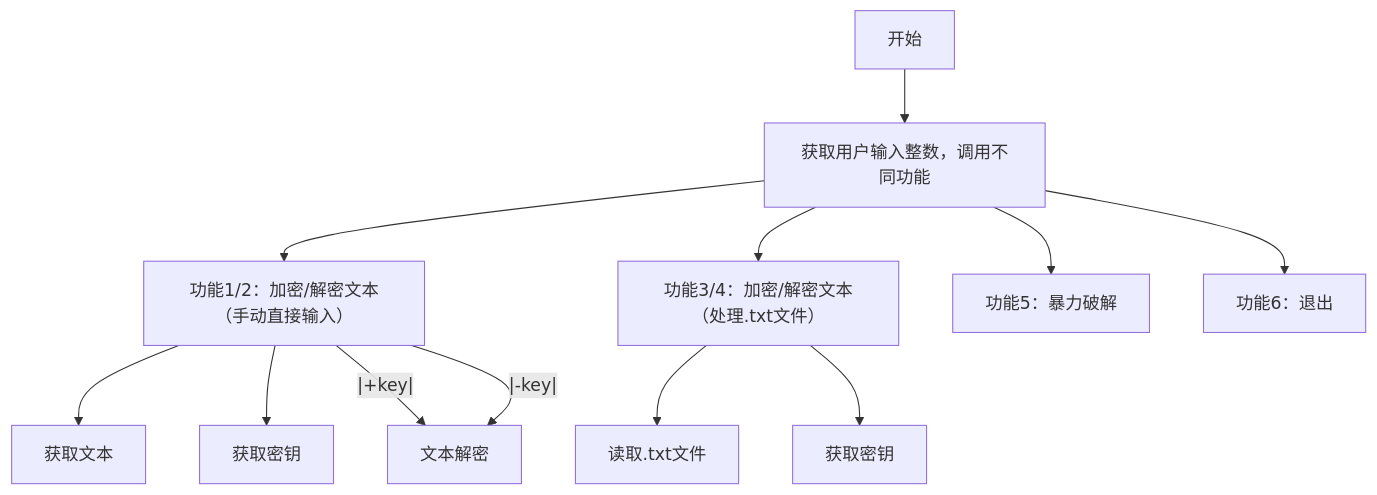
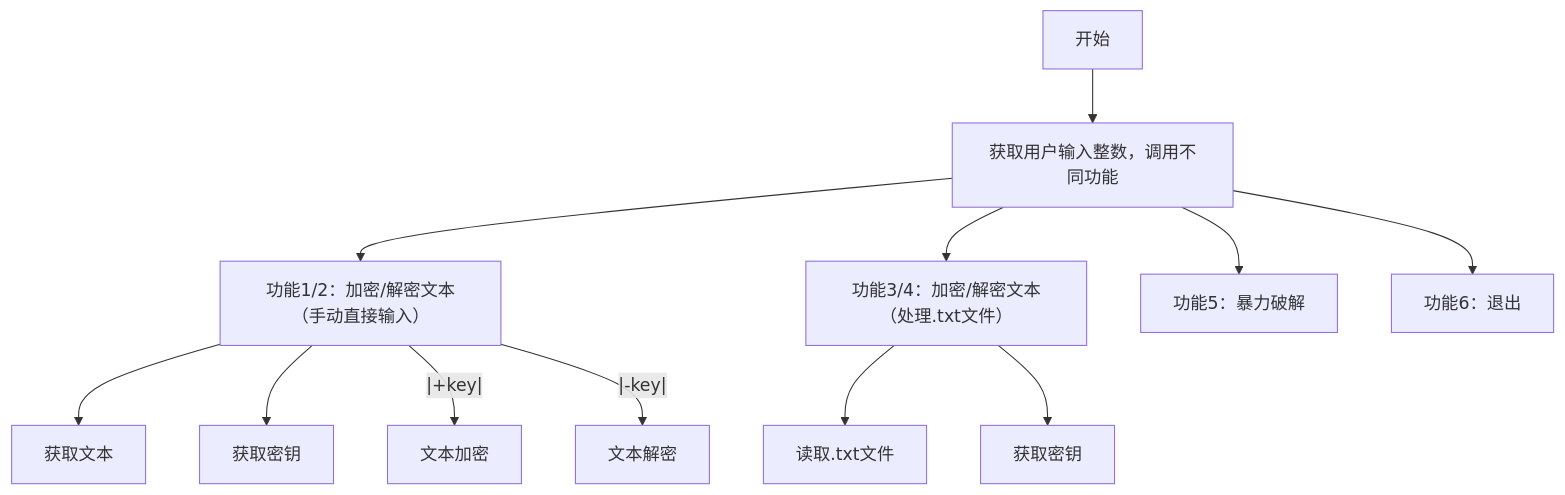
Before and after one commit to Python-Programming-2026/project1-caesar-cipher-super-awesome-team: the diagram in README.md, drawn with Mermaid.

````diff
--- a/README.md
+++ b/README.md
@@ -49,17 +49,17 @@
 ```mermaid
 flowchart TD
   A[开始] --> B[获取用户输入整数，调用不同功能]
   B --> C[功能1/2：加密/解密文本（手动直接输入）]
   B --> E[功能3/4：加密/解密文本（处理.txt文件）]
   B --> G[功能5：暴力破解]
   B --> H[功能6：退出]
 
   C --> I[获取文本]
   C --> J[获取密钥]
   C --|+key|--> K[文本加密]
-  C --|-key|--> K[文本解密]
+  C --|-key|--> L[文本解密]
 
   E --> D[读取.txt文件]
   E --> F[获取密钥]
   
   ```
````
